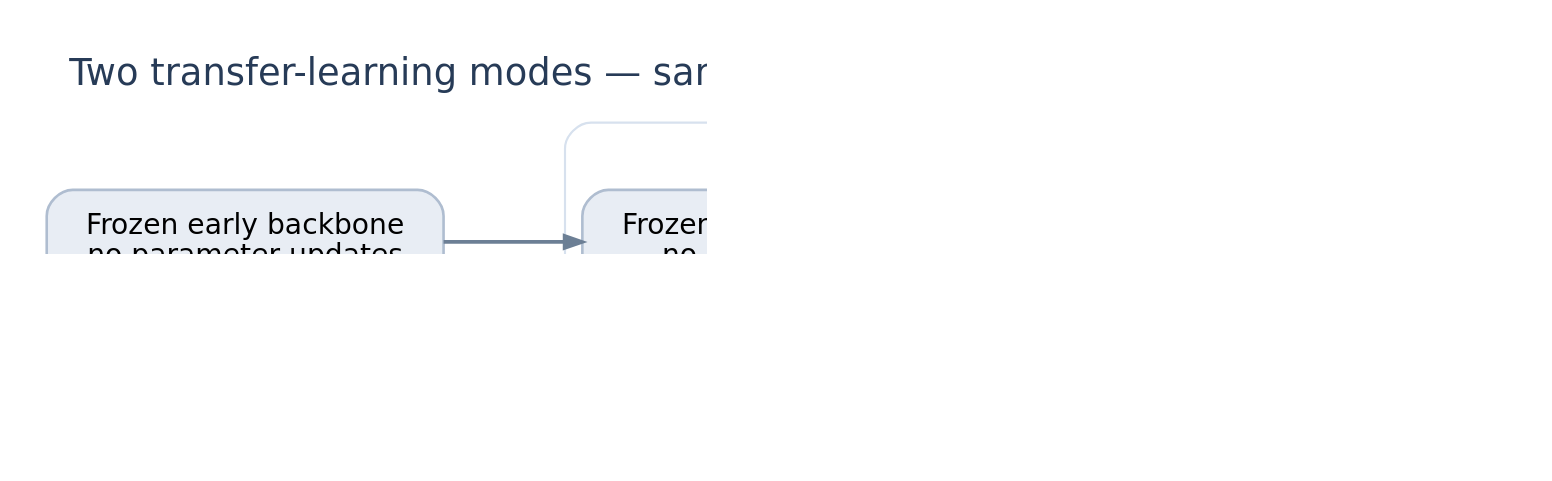
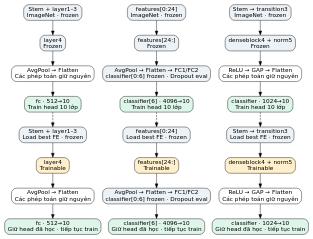
The diagram in LAB2/Docs/assets/model_training_modes.dot (Giang-Bui-8426/Team5_DeepLearning), drawn with Graphviz before and after one commit. The commit also changed 113 other files, not shown here.

```diff
--- a/LAB2/Docs/assets/model_training_modes.dot
+++ b/LAB2/Docs/assets/model_training_modes.dot
@@ -1,20 +1,49 @@
 digraph model_training_modes {
-  graph [rankdir=LR, bgcolor="white", pad="0.28", nodesep="0.60", ranksep="0.80", dpi=165, fontname="DejaVu Sans", labelloc=t, label="Two transfer-learning modes — same pretrained weights and new 10-class head", fontsize=17, fontcolor="#273B57"];
-  node [shape=box, style="rounded,filled", color="#C4D2E0", penwidth=1.2, fontname="DejaVu Sans", fontsize=13, margin="0.22,0.14"];
-  edge [color="#6C7F95", penwidth=1.8, arrowsize=0.78];
-  subgraph cluster_tune {
-    label="B. Partial fine-tuning"; color="#D7E1EE"; style="rounded"; fontcolor="#39526E"; fontsize=14;
-    d [label="Frozen early backbone\nno parameter updates", fillcolor="#E8EDF4", color="#AFBDD0"];
-    e [label="Trainable last backbone stage\nselected parameters update", fillcolor="#FFF1DE", color="#D8A66B"];
-    f [label="New 10-class head\nTRAINABLE", fillcolor="#E5F5F0", color="#61AD94"];
-    d->e->f;
-  }
-  subgraph cluster_feat {
-    label="A. Feature extraction"; color="#D7E1EE"; style="rounded"; fontcolor="#39526E"; fontsize=14;
-    a [label="Frozen early backbone\nno parameter updates", fillcolor="#E8EDF4", color="#AFBDD0"];
-    b [label="Frozen final backbone stage\nno parameter updates", fillcolor="#E8EDF4", color="#AFBDD0"];
-    c [label="New 10-class head\nTRAINABLE", fillcolor="#E5F5F0", color="#61AD94"];
-    a->b->c;
-  }
-  {rank=same;a;d}
+  rankdir=TB;
+  node [shape=box, style="rounded,filled", fontname="DejaVu Sans"];
+  ResNet18_fe_0 [label="Stem + layer1–3\nImageNet · frozen", fillcolor="#EDF2F7"];
+  ResNet18_fe_1 [label="layer4\nFrozen", fillcolor="#EDF2F7"];
+  ResNet18_fe_2 [label="AvgPool → Flatten\nCác phép toán giữ nguyên", fillcolor="#FFFFFF"];
+  ResNet18_fe_3 [label="fc · 512→10\nTrain head 10 lớp", fillcolor="#DEF5E9"];
+  ResNet18_ft_0 [label="Stem + layer1–3\nLoad best FE · frozen", fillcolor="#EDF2F7"];
+  ResNet18_ft_1 [label="layer4\nTrainable", fillcolor="#FFF0CD"];
+  ResNet18_ft_2 [label="AvgPool → Flatten\nCác phép toán giữ nguyên", fillcolor="#FFFFFF"];
+  ResNet18_ft_3 [label="fc · 512→10\nGiữ head đã học · tiếp tục train", fillcolor="#DEF5E9"];
+  VGG16_fe_0 [label="features[0:24]\nImageNet · frozen", fillcolor="#EDF2F7"];
+  VGG16_fe_1 [label="features[24:]\nFrozen", fillcolor="#EDF2F7"];
+  VGG16_fe_2 [label="AvgPool → Flatten → FC1/FC2\nclassifier[0:6] frozen · Dropout eval", fillcolor="#EDF2F7"];
+  VGG16_fe_3 [label="classifier[6] · 4096→10\nTrain head 10 lớp", fillcolor="#DEF5E9"];
+  VGG16_ft_0 [label="features[0:24]\nLoad best FE · frozen", fillcolor="#EDF2F7"];
+  VGG16_ft_1 [label="features[24:]\nTrainable", fillcolor="#FFF0CD"];
+  VGG16_ft_2 [label="AvgPool → Flatten → FC1/FC2\nclassifier[0:6] frozen · Dropout eval", fillcolor="#EDF2F7"];
+  VGG16_ft_3 [label="classifier[6] · 4096→10\nGiữ head đã học · tiếp tục train", fillcolor="#DEF5E9"];
+  DenseNet121_fe_0 [label="Stem → transition3\nImageNet · frozen", fillcolor="#EDF2F7"];
+  DenseNet121_fe_1 [label="denseblock4 + norm5\nFrozen", fillcolor="#EDF2F7"];
+  DenseNet121_fe_2 [label="ReLU → GAP → Flatten\nCác phép toán giữ nguyên", fillcolor="#FFFFFF"];
+  DenseNet121_fe_3 [label="classifier · 1024→10\nTrain head 10 lớp", fillcolor="#DEF5E9"];
+  DenseNet121_ft_0 [label="Stem → transition3\nLoad best FE · frozen", fillcolor="#EDF2F7"];
+  DenseNet121_ft_1 [label="denseblock4 + norm5\nTrainable", fillcolor="#FFF0CD"];
+  DenseNet121_ft_2 [label="ReLU → GAP → Flatten\nCác phép toán giữ nguyên", fillcolor="#FFFFFF"];
+  DenseNet121_ft_3 [label="classifier · 1024→10\nGiữ head đã học · tiếp tục train", fillcolor="#DEF5E9"];
+  ResNet18_fe_0 -> ResNet18_fe_1;
+  ResNet18_fe_1 -> ResNet18_fe_2;
+  ResNet18_fe_2 -> ResNet18_fe_3;
+  ResNet18_ft_0 -> ResNet18_ft_1;
+  ResNet18_ft_1 -> ResNet18_ft_2;
+  ResNet18_ft_2 -> ResNet18_ft_3;
+  ResNet18_fe_3 -> ResNet18_ft_0 [style=dashed];
+  VGG16_fe_0 -> VGG16_fe_1;
+  VGG16_fe_1 -> VGG16_fe_2;
+  VGG16_fe_2 -> VGG16_fe_3;
+  VGG16_ft_0 -> VGG16_ft_1;
+  VGG16_ft_1 -> VGG16_ft_2;
+  VGG16_ft_2 -> VGG16_ft_3;
+  VGG16_fe_3 -> VGG16_ft_0 [style=dashed];
+  DenseNet121_fe_0 -> DenseNet121_fe_1;
+  DenseNet121_fe_1 -> DenseNet121_fe_2;
+  DenseNet121_fe_2 -> DenseNet121_fe_3;
+  DenseNet121_ft_0 -> DenseNet121_ft_1;
+  DenseNet121_ft_1 -> DenseNet121_ft_2;
+  DenseNet121_ft_2 -> DenseNet121_ft_3;
+  DenseNet121_fe_3 -> DenseNet121_ft_0 [style=dashed];
 }
```
